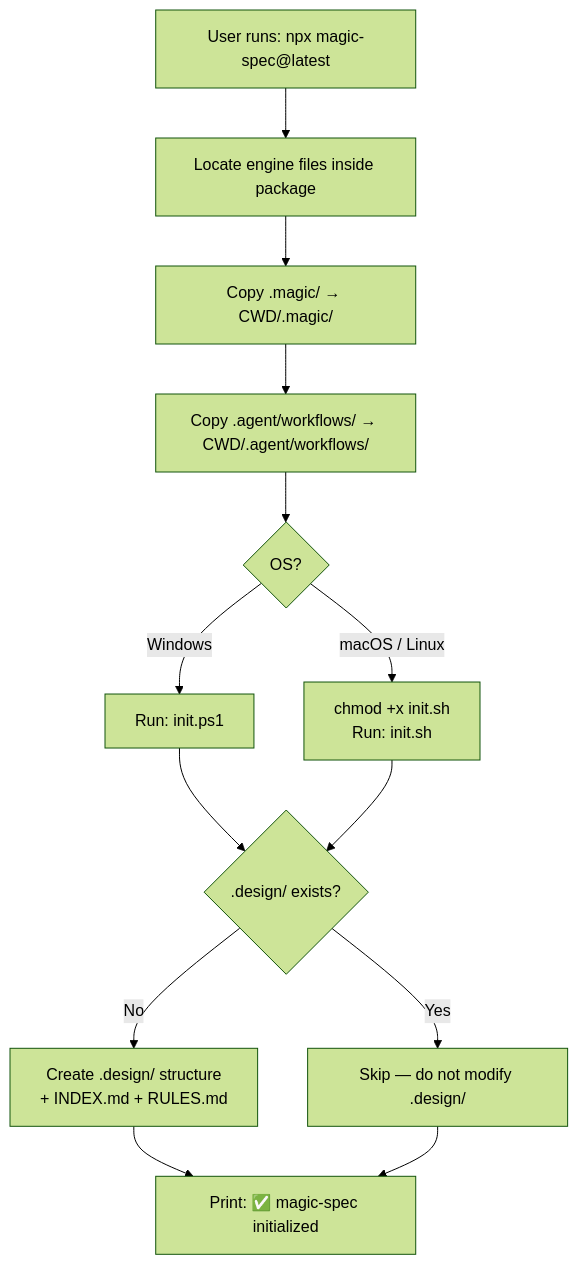
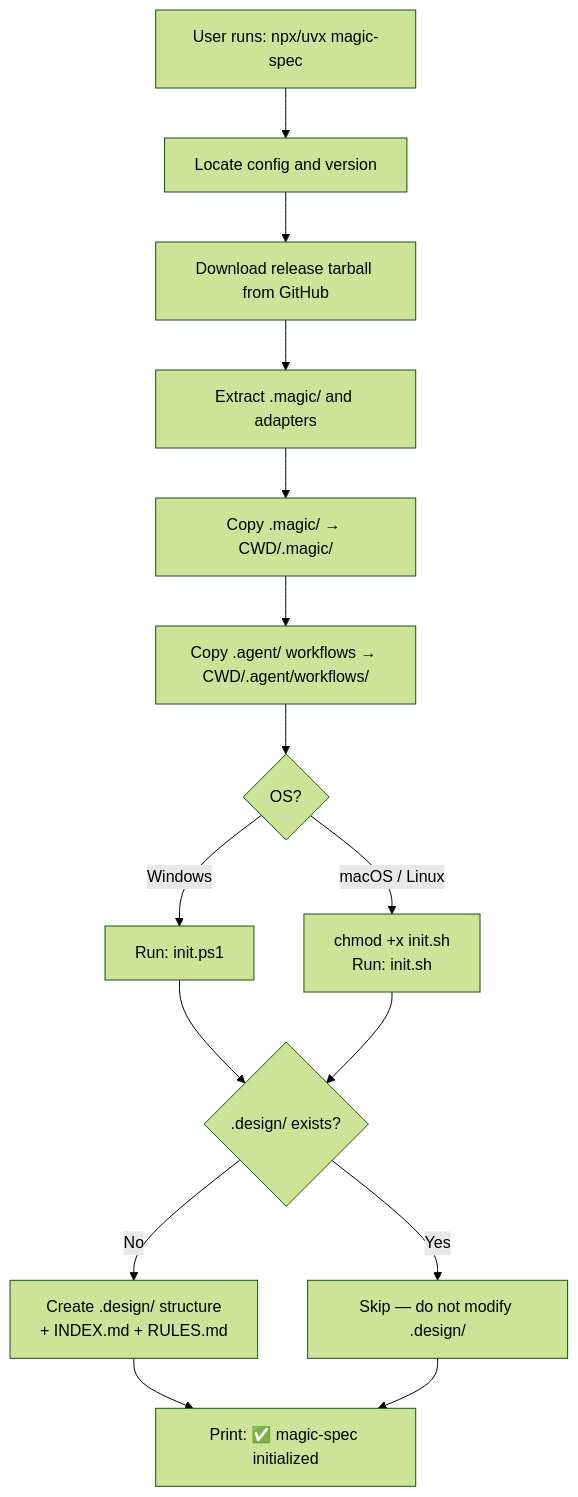
The diagram in .design/specifications/cli-installer.md (teratron/magic-spec), drawn with Mermaid (forest theme) before and after one commit. The commit also changed other lines of this file and 11 other files, not shown here.

Commit message:
docs: introduce comprehensive design specifications for the installer, architecture, and project documentation.

````diff
--- a/.design/specifications/cli-installer.md
+++ b/.design/specifications/cli-installer.md
@@ -54,15 +54,17 @@
 ```mermaid
 graph TD
-    A["User runs: npx magic-spec@latest"] --> B["Locate engine files inside package"]
-    B --> C["Copy .magic/ → CWD/.magic/"]
-    C --> D["Copy .agent/workflows/ → CWD/.agent/workflows/"]
-    D --> E{"OS?"}
-    E -->|Windows| F["Run: init.ps1"]
-    E -->|macOS / Linux| G["chmod +x init.sh\nRun: init.sh"]
-    F --> H{".design/ exists?"}
-    G --> H
-    H -->|No| I["Create .design/ structure\n+ INDEX.md + RULES.md"]
-    H -->|Yes| J["Skip — do not modify .design/"]
-    I --> K["Print: ✅ magic-spec initialized"]
-    J --> K
+    A["User runs: npx/uvx magic-spec"] --> B["Locate config and version"]
+    B --> C["Download release tarball from GitHub"]
+    C --> D["Extract .magic/ and adapters"]
+    D --> E["Copy .magic/ → CWD/.magic/"]
+    E --> F["Copy .agent/ workflows → CWD/.agent/workflows/"]
+    F --> G{"OS?"}
+    G -->|Windows| H["Run: init.ps1"]
+    G -->|macOS / Linux| I["chmod +x init.sh\nRun: init.sh"]
+    H --> J{".design/ exists?"}
+    I --> J
+    J -->|No| K["Create .design/ structure\n+ INDEX.md + RULES.md"]
+    J -->|Yes| L["Skip — do not modify .design/"]
+    K --> M["Print: ✅ magic-spec initialized"]
+    L --> M
 ```
````
